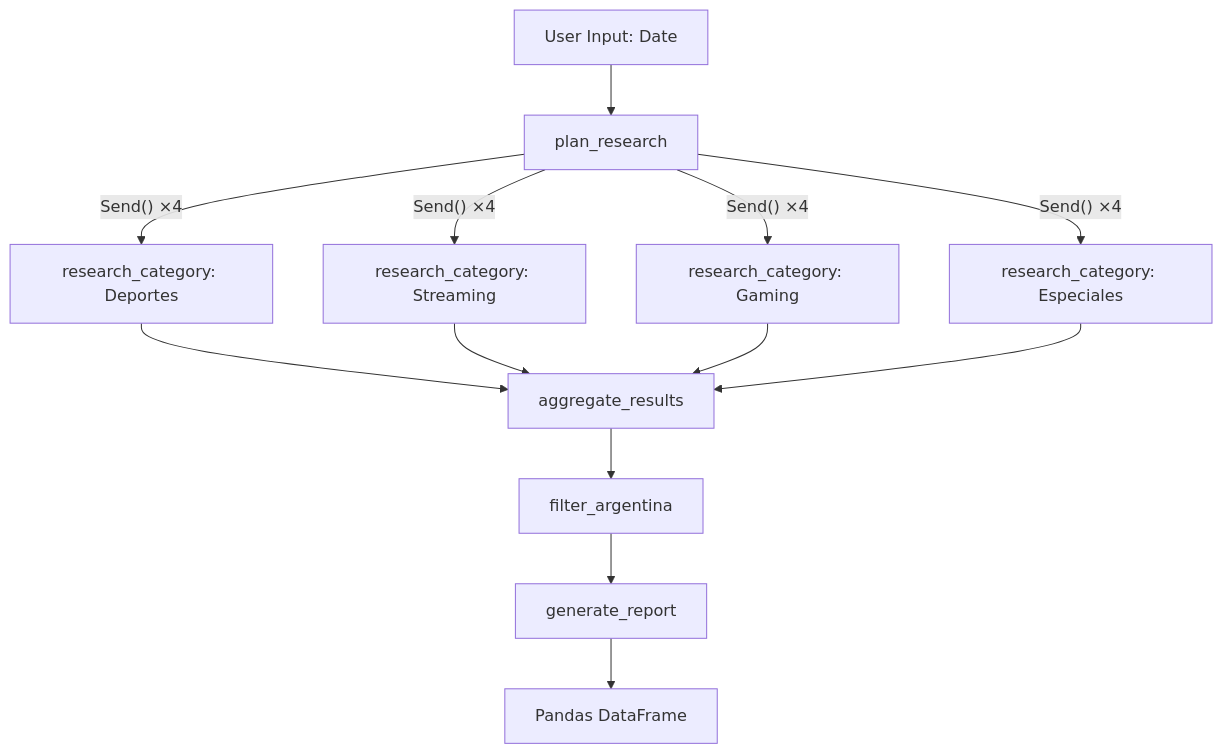
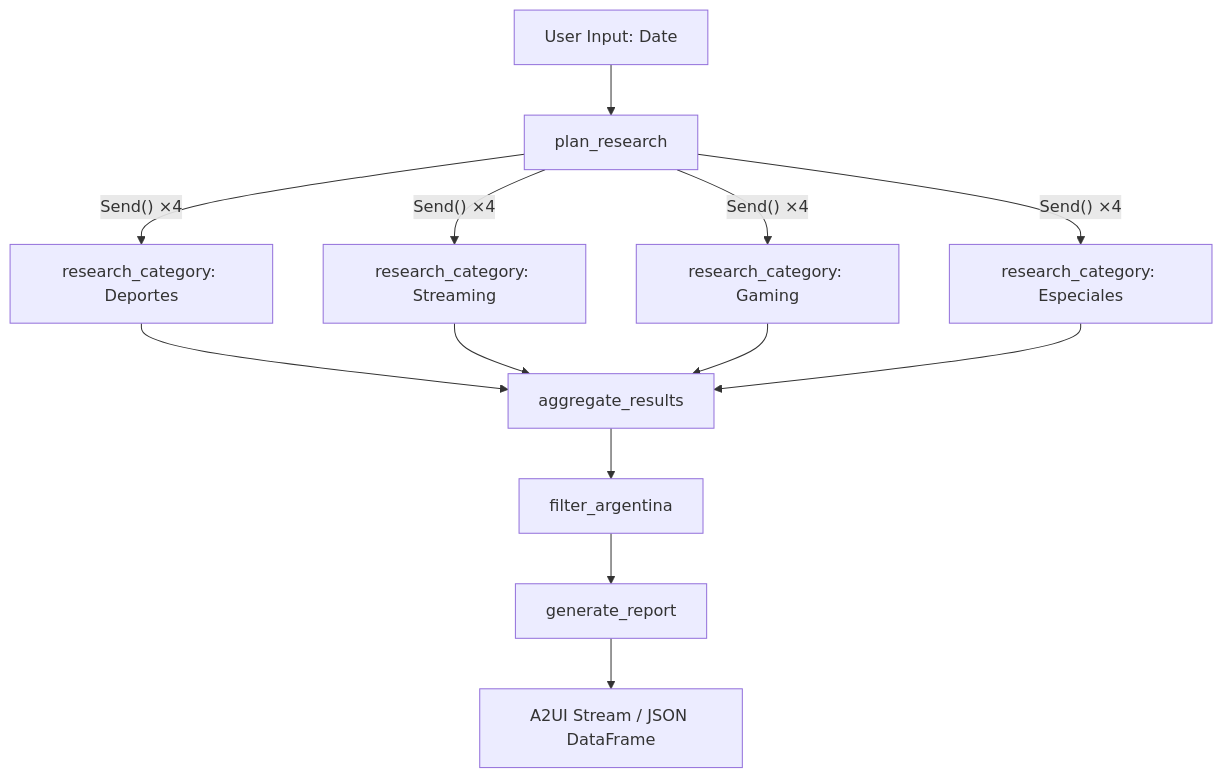
Before and after one commit to dracero/deep_reasearch_events: the first of 2 diagrams in README.md, drawn with Mermaid. The commit also changed other lines of this file, not shown here.

````diff
--- a/README.md
+++ b/README.md
@@ -9,15 +56,15 @@
 ```mermaid
 graph TD
     A["User Input: Date"] --> B["plan_research"]
     B -->|"Send() ×4"| C1["research_category: Deportes"]
     B -->|"Send() ×4"| C2["research_category: Streaming"]
     B -->|"Send() ×4"| C3["research_category: Gaming"]
     B -->|"Send() ×4"| C4["research_category: Especiales"]
     C1 --> D["aggregate_results"]
     C2 --> D
     C3 --> D
     C4 --> D
     D --> E["filter_argentina"]
     E --> F["generate_report"]
-    F --> G["Pandas DataFrame"]
+    F --> G["A2UI Stream / JSON DataFrame"]
 ```
````
